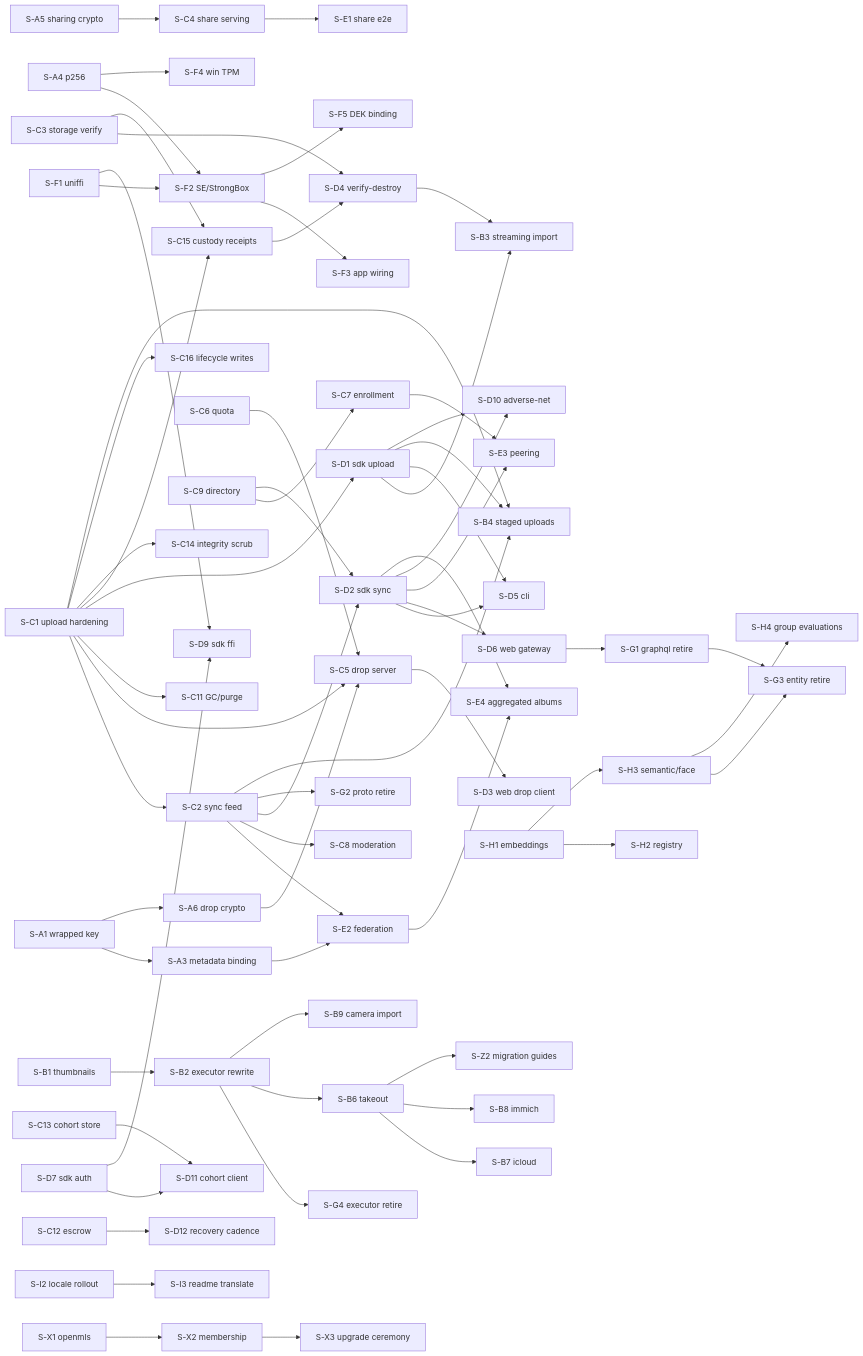
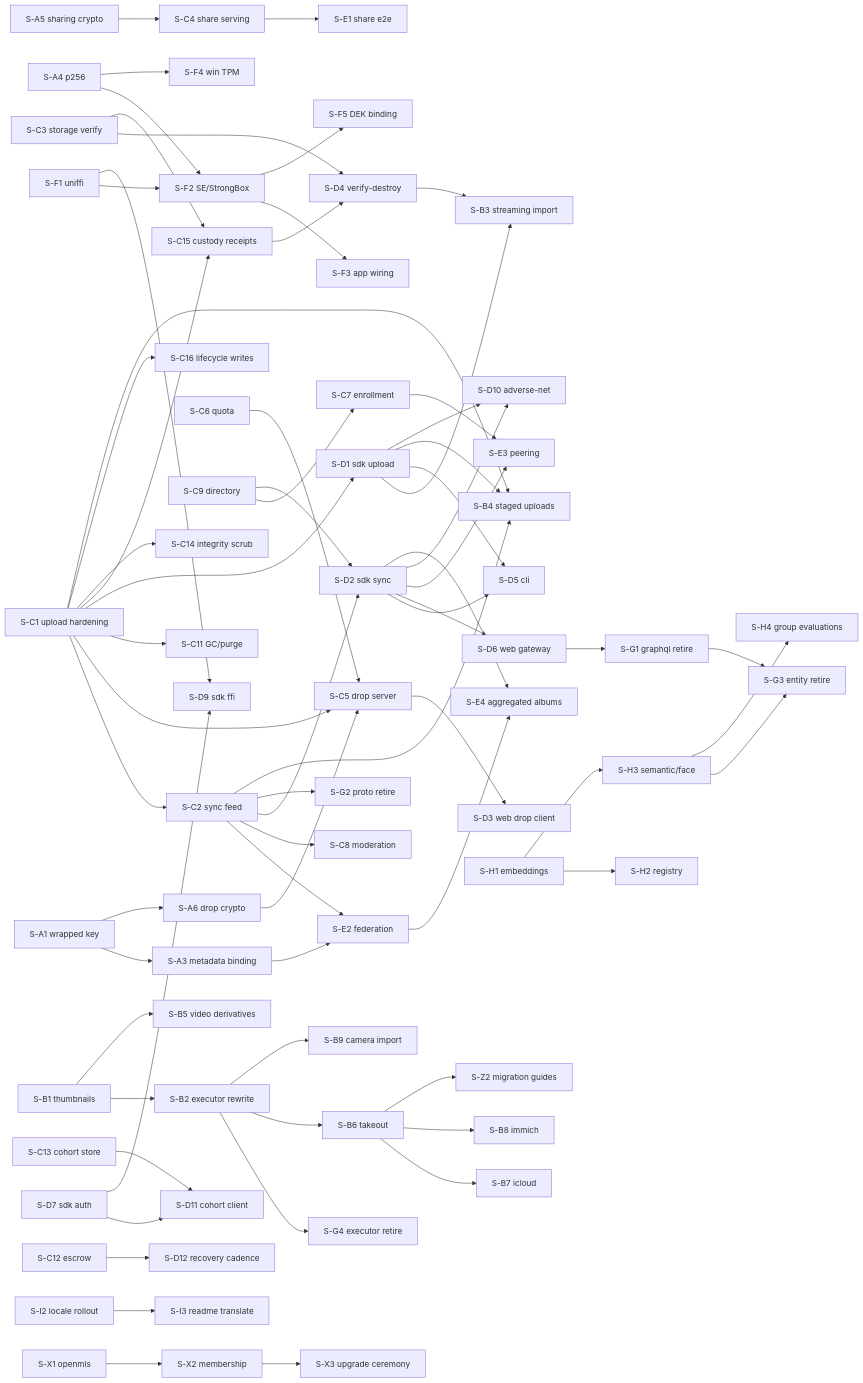
The diagram in SLICES.md (Capsulsaurus/Capsule), drawn with Mermaid before and after one commit. The commit also changed other lines of this file and 2 other files, not shown here.

First line of the commit message:
docs(slices): split video derivatives and reconcile slices with the docs

````diff
--- a/SLICES.md
+++ b/SLICES.md
@@ -140,51 +141,52 @@
 ```mermaid
 graph LR
   A1[S-A1 wrapped key] --> A3[S-A3 metadata binding] --> E2[S-E2 federation]
   A1 --> A6[S-A6 drop crypto] --> C5[S-C5 drop server] --> D3[S-D3 web drop client]
   A5[S-A5 sharing crypto] --> C4[S-C4 share serving] --> E1[S-E1 share e2e]
   A4[S-A4 p256] --> F2[S-F2 SE/StrongBox] --> F3[S-F3 app wiring]
   F1[S-F1 uniffi] --> F2
   F2 --> F5[S-F5 DEK binding]
   A4 --> F4[S-F4 win TPM]
   C1[S-C1 upload hardening] --> C2[S-C2 sync feed] --> E2
   C1 --> C5
   C1 --> C11[S-C11 GC/purge]
   C1 --> D1[S-D1 sdk upload]
   C2 --> C8[S-C8 moderation]
   C2 --> D2[S-D2 sdk sync] --> D5[S-D5 cli]
   C2 --> G2[S-G2 proto retire]
   C6[S-C6 quota] --> C5
   C9[S-C9 directory] --> C7[S-C7 enrollment] --> E3[S-E3 peering]
   C9 --> D2 --> D6[S-D6 web gateway] --> G1[S-G1 graphql retire] --> G3[S-G3 entity retire]
   C3[S-C3 storage verify] --> D4[S-D4 verify-destroy] --> B3[S-B3 streaming import]
   C1 --> C15[S-C15 custody receipts]
   C3 --> C15
   C15 --> D4
   C1 --> C14[S-C14 integrity scrub]
   C1 --> C16[S-C16 lifecycle writes]
   D1 --> B3
   D1 --> D5
   D2 --> E3
   B1[S-B1 thumbnails] --> B2[S-B2 executor rewrite] --> G4[S-G4 executor retire]
+  B1 --> B5[S-B5 video derivatives]
   B2 --> B6[S-B6 takeout] --> B7[S-B7 icloud]
   B6 --> B8[S-B8 immich]
   B6 --> Z2[S-Z2 migration guides]
   B2 --> B9[S-B9 camera import]
   H1[S-H1 embeddings] --> H2[S-H2 registry]
   H1 --> H3[S-H3 semantic/face] --> G3
   X1[S-X1 openmls] --> X2[S-X2 membership] --> X3[S-X3 upgrade ceremony]
   C1 --> B4[S-B4 staged uploads]
   C2 --> B4
   D1 --> B4
   D1 --> D10[S-D10 adverse-net]
   D2 --> D10
   C13[S-C13 cohort store] --> D11[S-D11 cohort client]
   D7[S-D7 sdk auth] --> D11
   D7 --> D9[S-D9 sdk ffi]
   F1 --> D9
   C12[S-C12 escrow] --> D12[S-D12 recovery cadence]
   E2 --> E4[S-E4 aggregated albums]
   D2 --> E4
   H3 --> H4[S-H4 group evaluations]
   I2[S-I2 locale rollout] --> I3[S-I3 readme translate]
 ```
````
